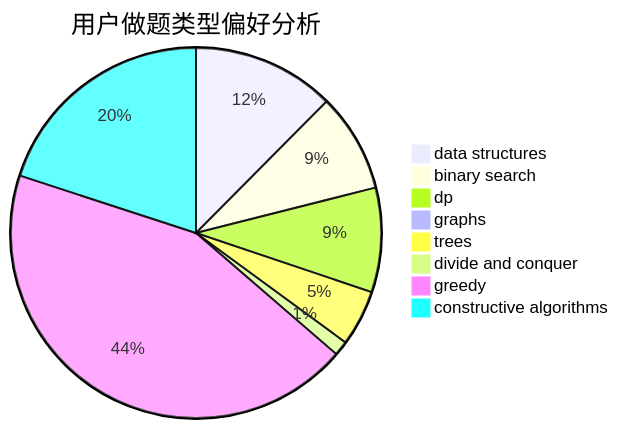
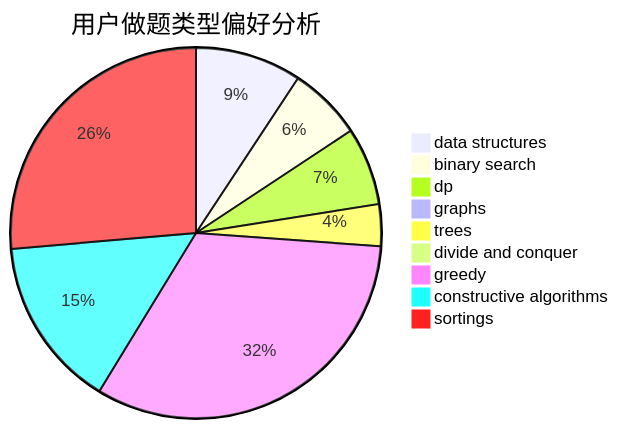
Before and after one commit to sherpahu/cfrs.github.io: the second of 3 diagrams in docs/user/u691.md, drawn with Mermaid. The commit also changed other lines of this file and 2769 other files, not shown here.

````diff
--- a/docs/user/u691.md
+++ b/docs/user/u691.md
@@ -23,11 +18,12 @@
 ```mermaid
 pie title 用户做题类型偏好分析
     "data structures" :  127
     "binary search" :  88
     "dp" :  93
     "graphs" :  3
     "trees" :  50
     "divide and conquer" :  13
     "greedy" :  446
     "constructive algorithms" :  204
+    "sortings" :  361
 ```
````
